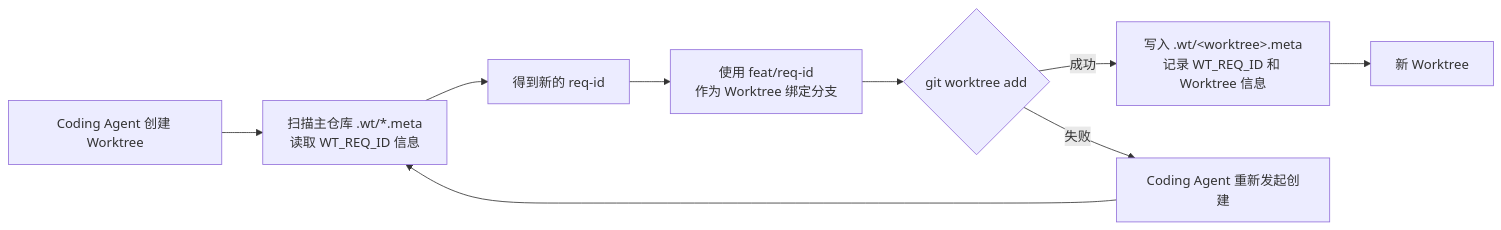
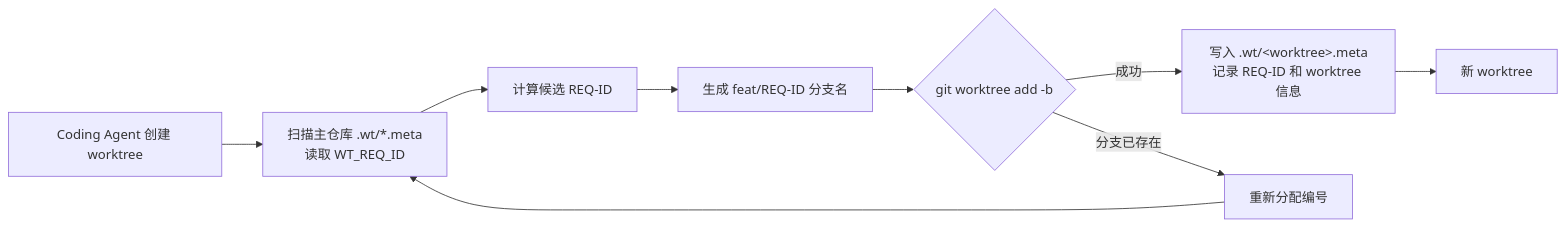
One commit to wangwei1237/wangwei1237.github.io_src changed the fourth of 4 diagrams in source/_posts/Git-Worktree-Based-on-Multiple-Repositories-for-Coding-Agent.md. Above: the diagram before and after it, drawn with Mermaid. The commit also changed other lines of this file, not shown here.

Commit message:
Polish multi-repository worktree article

````diff
--- a/source/_posts/Git-Worktree-Based-on-Multiple-Repositories-for-Coding-Agent.md
+++ b/source/_posts/Git-Worktree-Based-on-Multiple-Repositories-for-Coding-Agent.md
@@ -258,13 +272,13 @@
 ```mermaid
 flowchart LR
-    START["Coding Agent 创建 Worktree"] --> SCAN["扫描主仓库 .wt/*.meta<br/>读取 WT_REQ_ID 信息"]
-    SCAN --> ALLOC["得到新的 req-id"]
-    ALLOC --> BRANCH["使用 feat/req-id<br/>作为 Worktree 绑定分支"]
-    BRANCH --> CREATE{"git worktree add"}
+    START["Coding Agent 创建 worktree"] --> SCAN["扫描主仓库 .wt/*.meta<br/>读取 WT_REQ_ID"]
+    SCAN --> ALLOC["计算候选 REQ-ID"]
+    ALLOC --> BRANCH["生成 feat/REQ-ID 分支名"]
+    BRANCH --> CREATE{"git worktree add -b"}
 
-    CREATE -- "成功" --> META["写入 .wt/&lt;worktree&gt;.meta<br/>记录 WT_REQ_ID 和 Worktree 信息"]
-    META --> DONE["新 Worktree"]
+    CREATE -- "成功" --> META["写入 .wt/&lt;worktree&gt;.meta<br/>记录 REQ-ID 和 worktree 信息"]
+    META --> DONE["新 worktree"]
 
-    CREATE -- "失败" --> RETRY["Coding Agent 重新发起创建"]
+    CREATE -- "分支已存在" --> RETRY["重新分配编号"]
     RETRY --> SCAN
 ```
````
